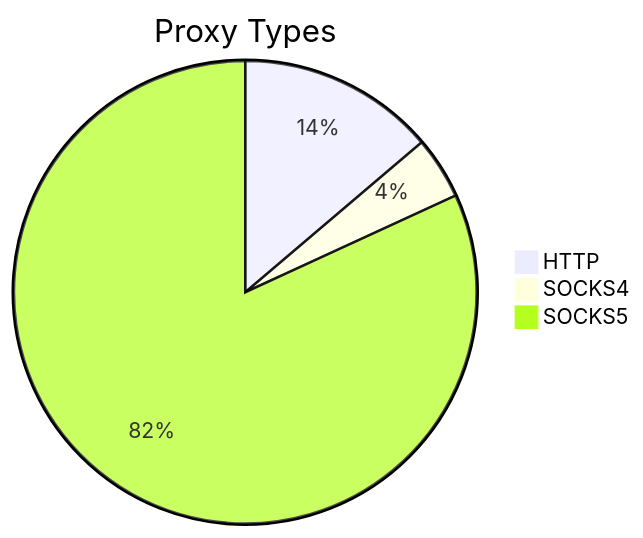
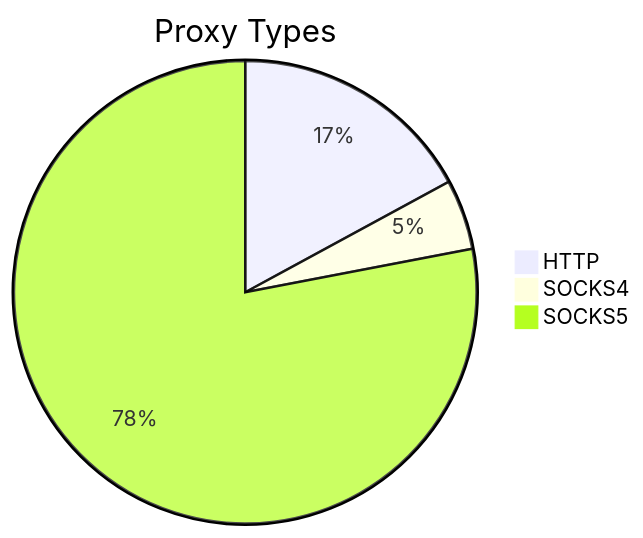
The first of 2 diagrams in README.md (stormsia/proxy-list), drawn with Mermaid before and after one commit. The commit also changed other lines of this file, not shown here.

````diff
--- a/README.md
+++ b/README.md
@@ -21,6 +21,6 @@
 ```mermaid
 pie title Proxy Types
-    "HTTP" : 130
+    "HTTP" : 143
     "SOCKS4" : 41
-    "SOCKS5" : 772
+    "SOCKS5" : 653
 ```
````
